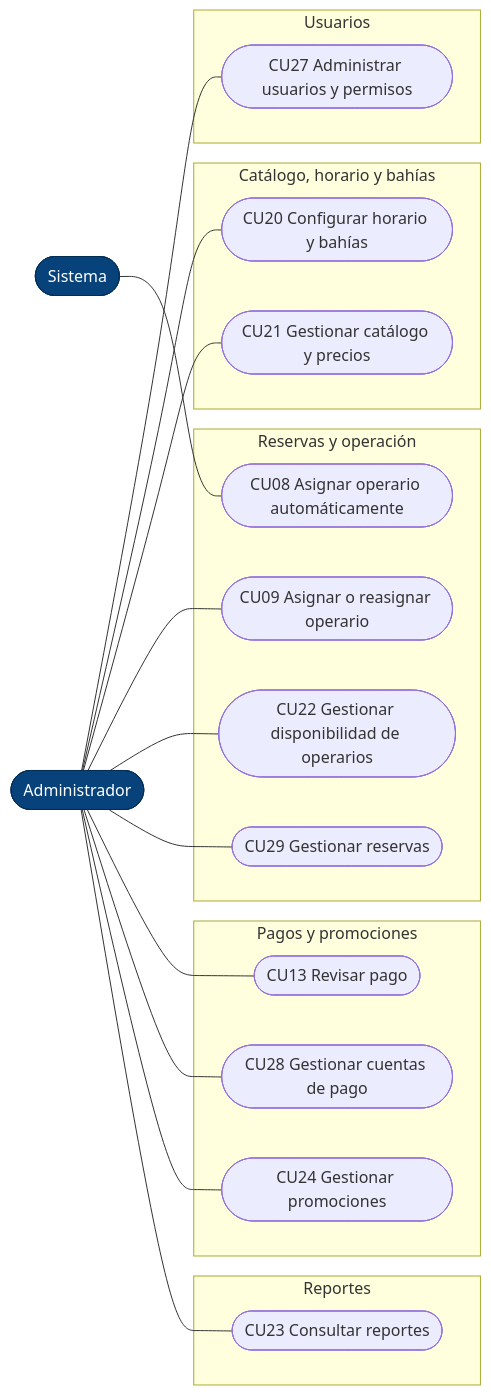
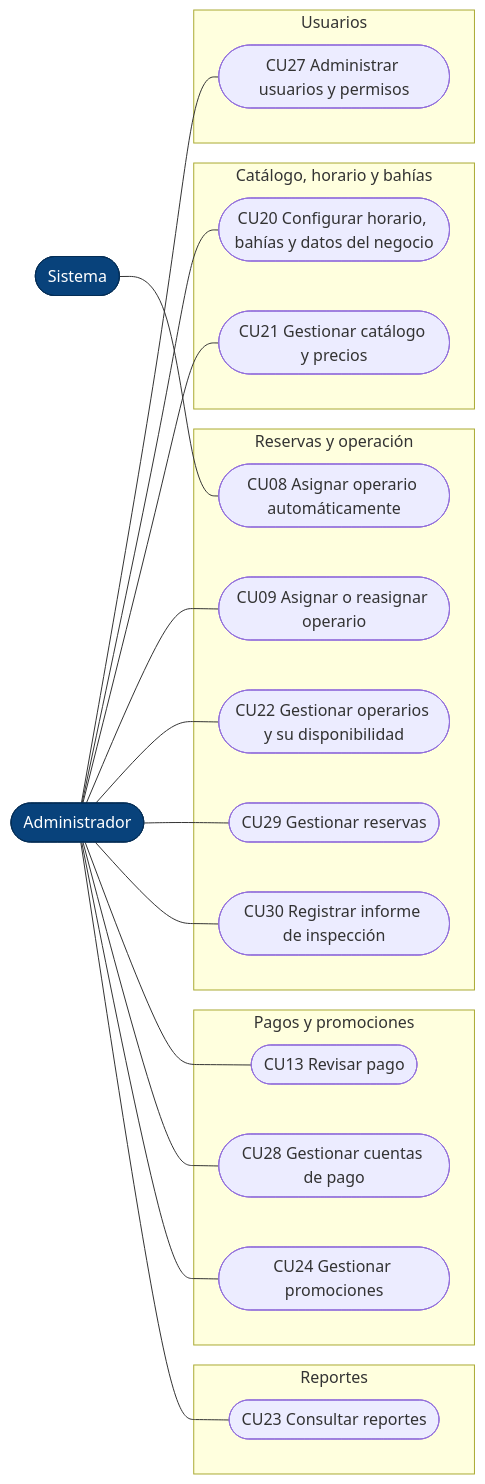
The fourth of 24 diagrams in 02-analisis-vistas-dinamicas/ES/analisis-vistas-dinamicas.md (BrayanCABRERA123/lavarapido-docs), drawn with Mermaid before and after one commit. The commit also changed other lines of this file and 1 other file, not shown here.

````diff
--- a/02-analisis-vistas-dinamicas/ES/analisis-vistas-dinamicas.md
+++ b/02-analisis-vistas-dinamicas/ES/analisis-vistas-dinamicas.md
@@ -122,42 +127,44 @@
 ```mermaid
 flowchart LR
     Administrador(["Administrador"])
     Sistema(["Sistema"])
 
     subgraph AUTH["Usuarios"]
         CU27(["CU27 Administrar usuarios y permisos"])
     end
     subgraph CAT["Catálogo, horario y bahías"]
-        CU20(["CU20 Configurar horario y bahías"])
+        CU20(["CU20 Configurar horario, bahías y datos del negocio"])
         CU21(["CU21 Gestionar catálogo y precios"])
     end
     subgraph RES["Reservas y operación"]
         CU08(["CU08 Asignar operario automáticamente"])
         CU09(["CU09 Asignar o reasignar operario"])
-        CU22b(["CU22 Gestionar disponibilidad de operarios"])
+        CU22b(["CU22 Gestionar operarios y su disponibilidad"])
         CU29(["CU29 Gestionar reservas"])
+        CU30b(["CU30 Registrar informe de inspección"])
     end
     subgraph PAG["Pagos y promociones"]
         CU13(["CU13 Revisar pago"])
         CU28(["CU28 Gestionar cuentas de pago"])
         CU24(["CU24 Gestionar promociones"])
     end
     subgraph REP["Reportes"]
         CU23(["CU23 Consultar reportes"])
     end
 
     Administrador --- CU27
     Administrador --- CU20
     Administrador --- CU21
     Administrador --- CU09
     Administrador --- CU22b
     Administrador --- CU29
+    Administrador --- CU30b
     Administrador --- CU13
     Administrador --- CU28
     Administrador --- CU24
     Administrador --- CU23
     Sistema --- CU08
 
     classDef actor fill:#08427b,color:#fff,stroke:#052e56
     class Administrador,Sistema actor
 ```
````
